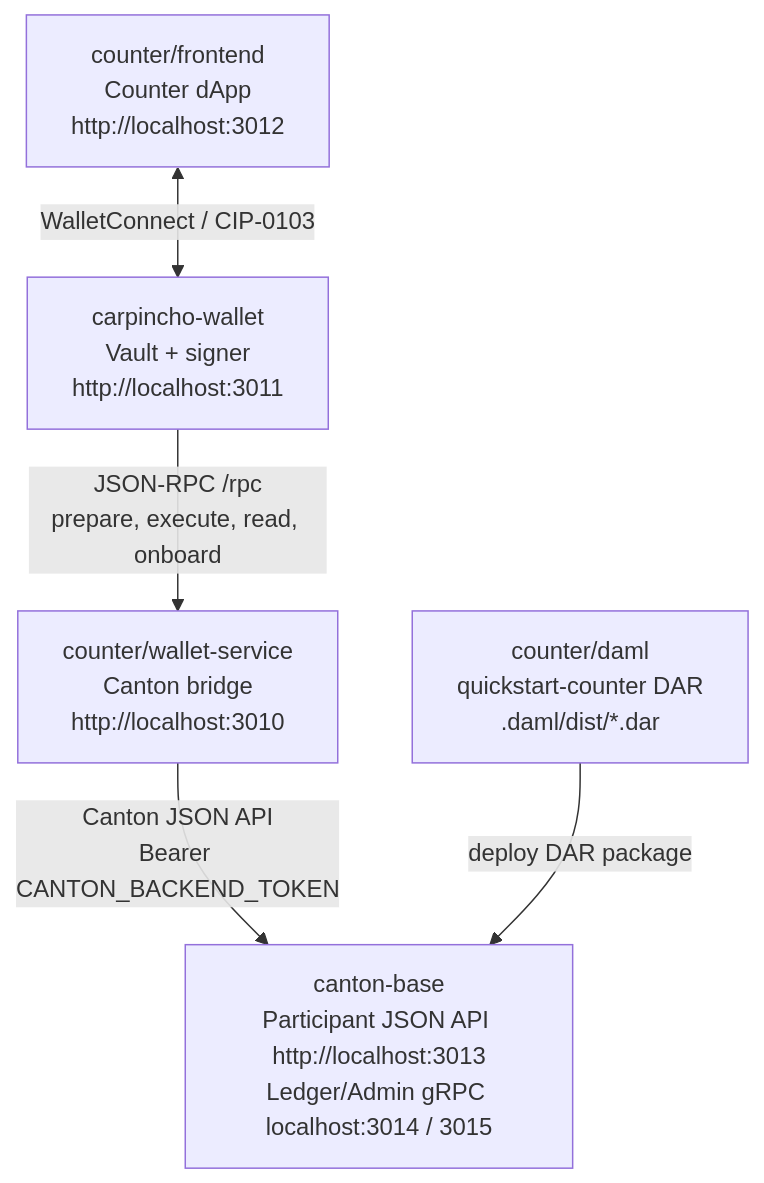
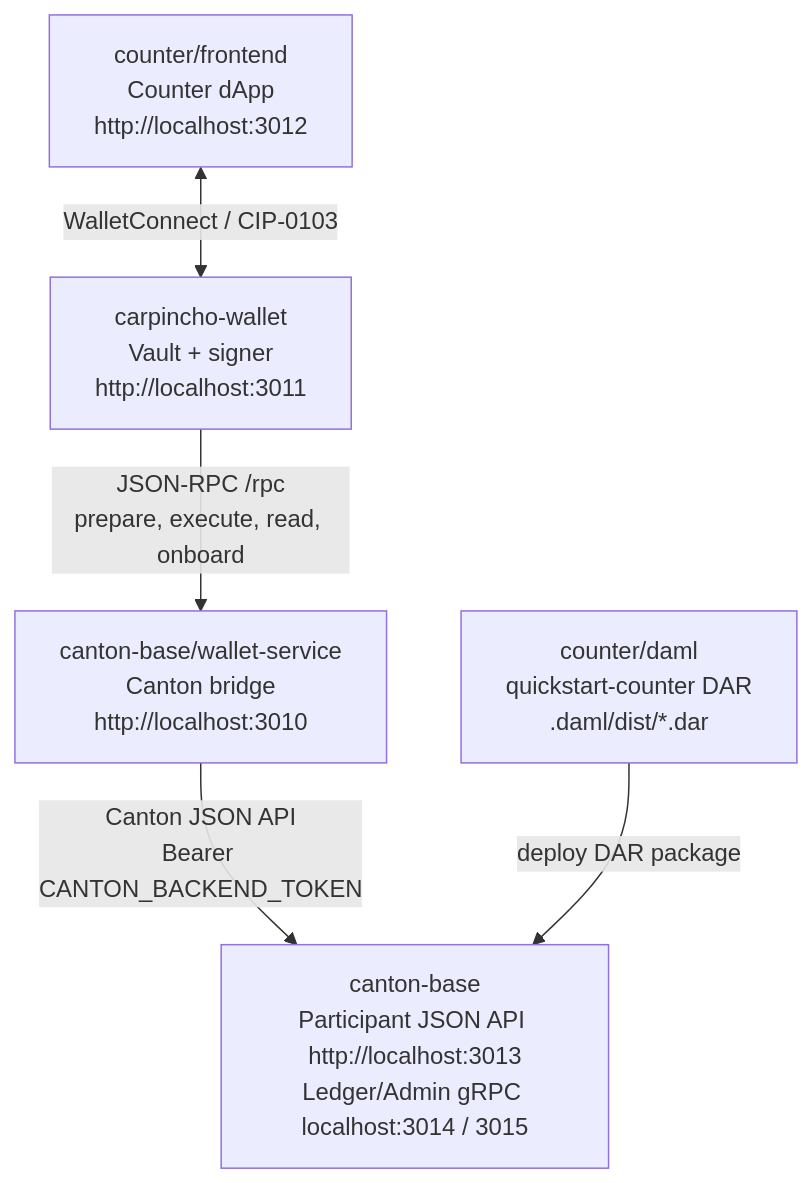
Before and after one commit to BootNodeDev/cn-dappbooster: the diagram in README.md, drawn with Mermaid. The commit also changed other lines of this file and 4 other files, not shown here.

Commit message:
docs: update workflow to reflect wallet-service in canton-base

````diff
--- a/README.md
+++ b/README.md
@@ -5,13 +5,13 @@
 ```mermaid
 flowchart TD
   fe["counter/frontend<br/>Counter dApp<br/>http://localhost:3012"]
   wallet["carpincho-wallet<br/>Vault + signer<br/>http://localhost:3011"]
-  ws["counter/wallet-service<br/>Canton bridge<br/>http://localhost:3010"]
+  ws["canton-base/wallet-service<br/>Canton bridge<br/>http://localhost:3010"]
   cb["canton-base<br/>Participant JSON API http://localhost:3013<br/>Ledger/Admin gRPC localhost:3014 / 3015"]
   dar["counter/daml<br/>quickstart-counter DAR<br/>.daml/dist/*.dar"]
 
   fe <-->|"WalletConnect / CIP-0103"| wallet
   wallet -->|"JSON-RPC /rpc<br/>prepare, execute, read, onboard"| ws
   ws -->|"Canton JSON API<br/>Bearer CANTON_BACKEND_TOKEN"| cb
   dar -->|"deploy DAR package"| cb
 ```
````
